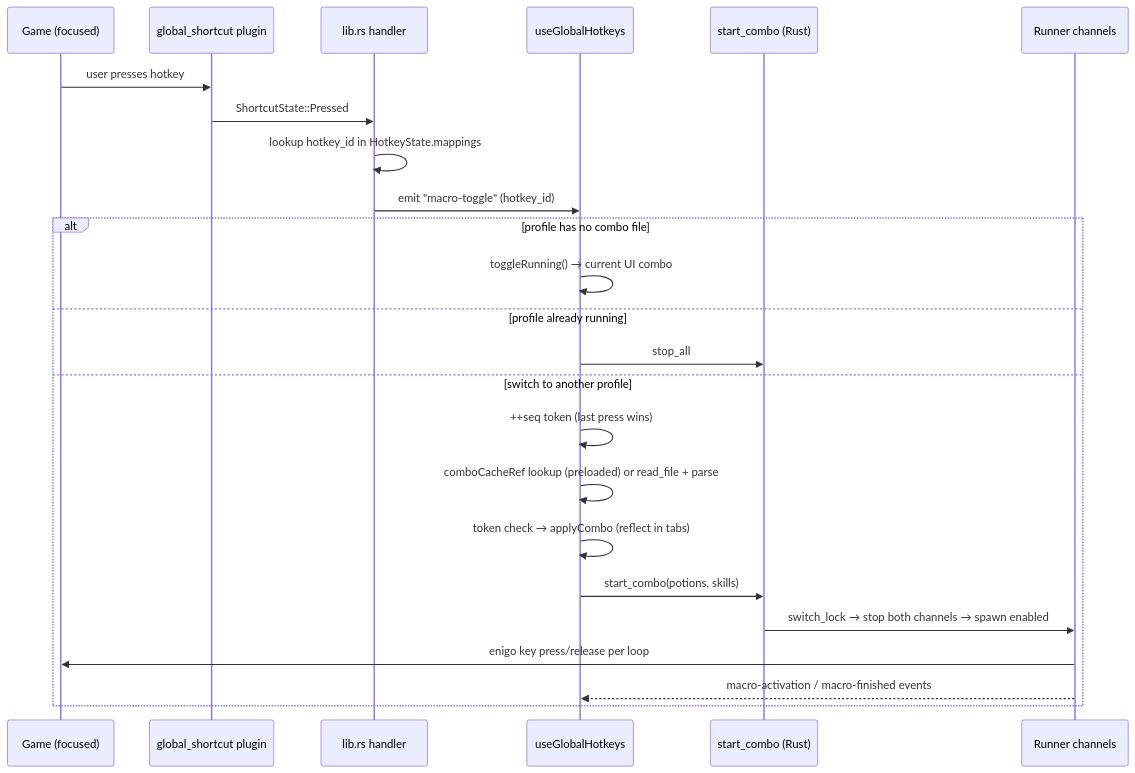
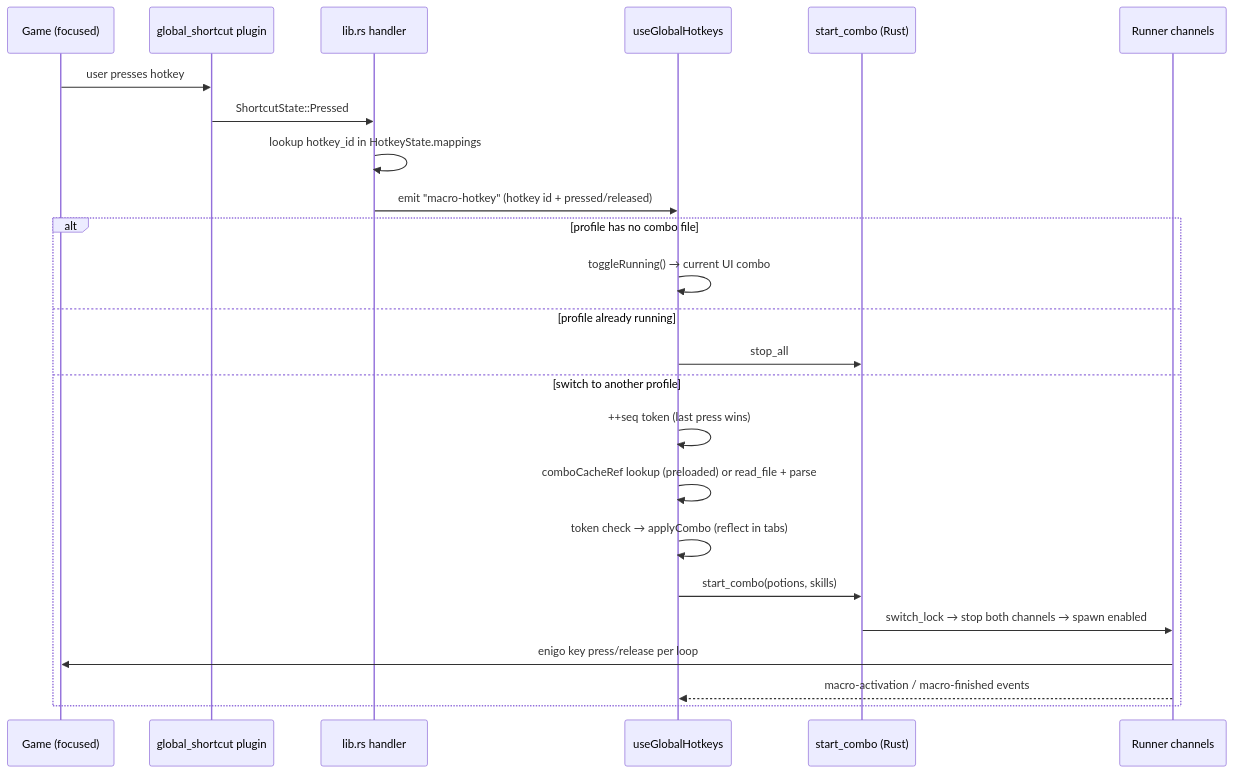
One commit to dchosendave/combo-macro-recorder changed the second of 3 diagrams in docs/architecture.md. Above: the diagram before and after it, drawn with Mermaid. The commit also changed other lines of this file and 75 other files, not shown here.

````diff
--- a/docs/architecture.md
+++ b/docs/architecture.md
@@ -36,28 +40,28 @@
 ```mermaid
 sequenceDiagram
     participant OS as Game (focused)
     participant GH as global_shortcut plugin
     participant RS as lib.rs handler
     participant FE as useGlobalHotkeys
     participant CMD as start_combo (Rust)
     participant RUN as Runner channels
 
     OS->>GH: user presses hotkey
     GH->>RS: ShortcutState::Pressed
     RS->>RS: lookup hotkey_id in HotkeyState.mappings
-    RS->>FE: emit "macro-toggle" (hotkey_id)
+    RS->>FE: emit "macro-hotkey" (hotkey id + pressed/released)
 
     alt profile has no combo file
         FE->>FE: toggleRunning() → current UI combo
     else profile already running
         FE->>CMD: stop_all
     else switch to another profile
         FE->>FE: ++seq token (last press wins)
         FE->>FE: comboCacheRef lookup (preloaded) or read_file + parse
         FE->>FE: token check → applyCombo (reflect in tabs)
         FE->>CMD: start_combo(potions, skills)
         CMD->>RUN: switch_lock → stop both channels → spawn enabled
         RUN->>OS: enigo key press/release per loop
         RUN-->>FE: macro-activation / macro-finished events
     end
 ```
````
